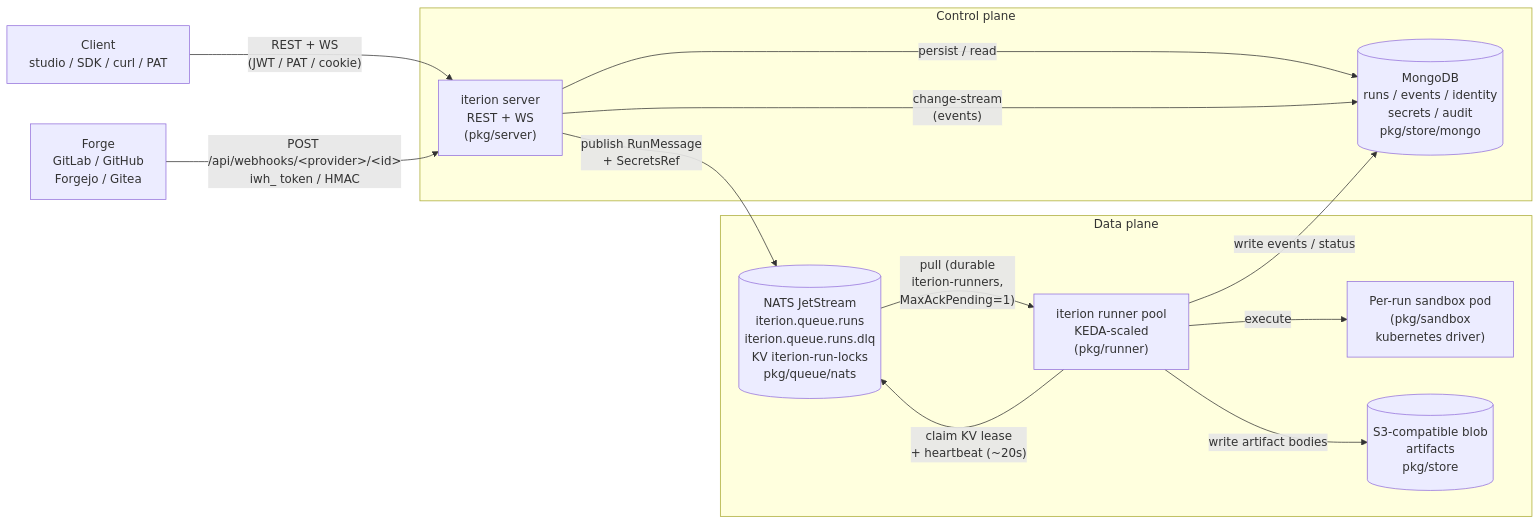
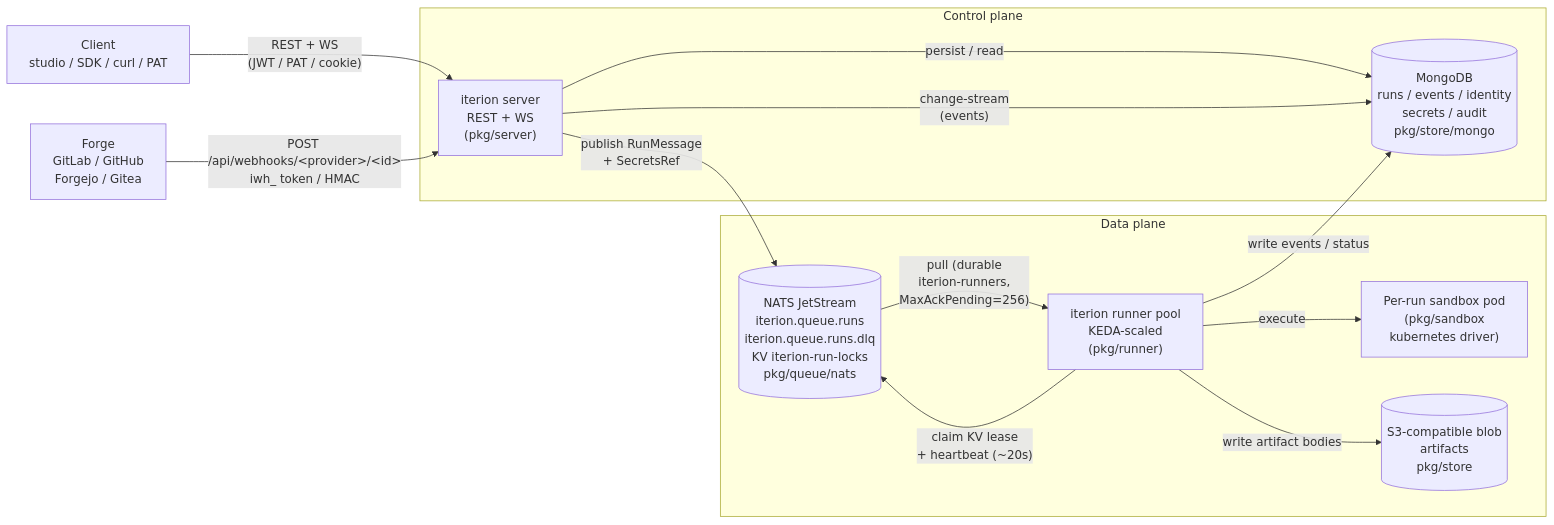
The diagram in docs/cloud-architecture.md (SocialGouv/iterion), drawn with Mermaid before and after one commit. The commit also changed other lines of this file, not shown here.

First line of the commit message:
docs(cloud-architecture): align NATS consumer defaults with pkg/queue/nats

````diff
--- a/docs/cloud-architecture.md
+++ b/docs/cloud-architecture.md
@@ -17,27 +17,27 @@
 ```mermaid
 flowchart LR
   subgraph "Control plane"
     SRV["iterion server<br/>REST + WS<br/>(pkg/server)"]
     MONGO[("MongoDB<br/>runs / events / identity<br/>secrets / audit<br/>pkg/store/mongo")]
   end
 
   subgraph "Data plane"
     NATS[("NATS JetStream<br/>iterion.queue.runs<br/>iterion.queue.runs.dlq<br/>KV iterion-run-locks<br/>pkg/queue/nats")]
     RUN["iterion runner pool<br/>KEDA-scaled<br/>(pkg/runner)"]
     SBX["Per-run sandbox pod<br/>(pkg/sandbox<br/>kubernetes driver)"]
     S3[("S3-compatible blob<br/>artifacts<br/>pkg/store")]
   end
 
   CLIENT[Client<br/>studio / SDK / curl / PAT] -- "REST + WS<br/>(JWT / PAT / cookie)" --> SRV
   FORGE[Forge<br/>GitLab / GitHub<br/>Forgejo / Gitea] -- "POST /api/webhooks/&lt;provider&gt;/&lt;id&gt;<br/>iwh_ token / HMAC" --> SRV
 
   SRV -- "publish RunMessage<br/>+ SecretsRef" --> NATS
   SRV -- "persist / read" --> MONGO
   SRV -- "change-stream<br/>(events)" --> MONGO
 
-  NATS -- "pull (durable<br/>iterion-runners,<br/>MaxAckPending=1)" --> RUN
+  NATS -- "pull (durable<br/>iterion-runners,<br/>MaxAckPending=256)" --> RUN
   RUN -- "claim KV lease<br/>+ heartbeat (~20s)" --> NATS
   RUN -- "execute" --> SBX
   RUN -- "write events / status" --> MONGO
   RUN -- "write artifact bodies" --> S3
 ```
````
